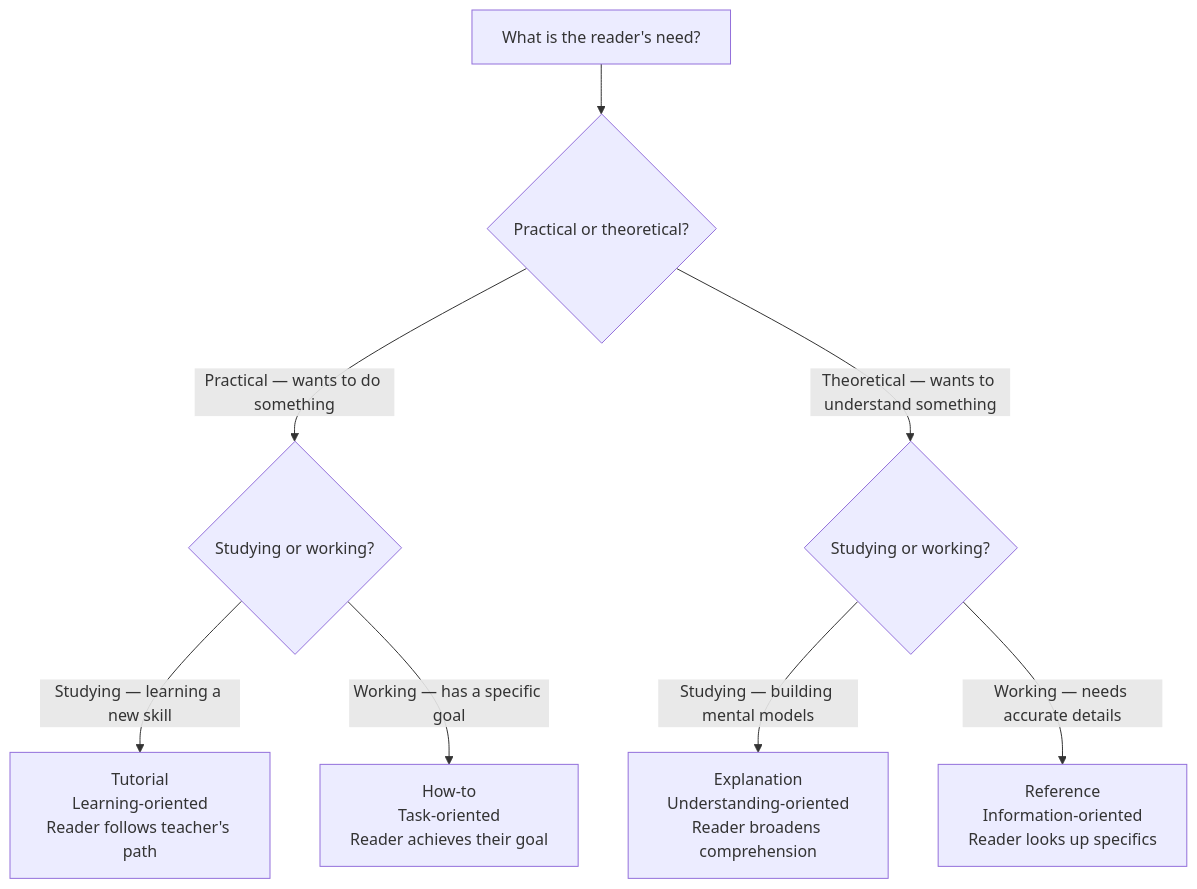
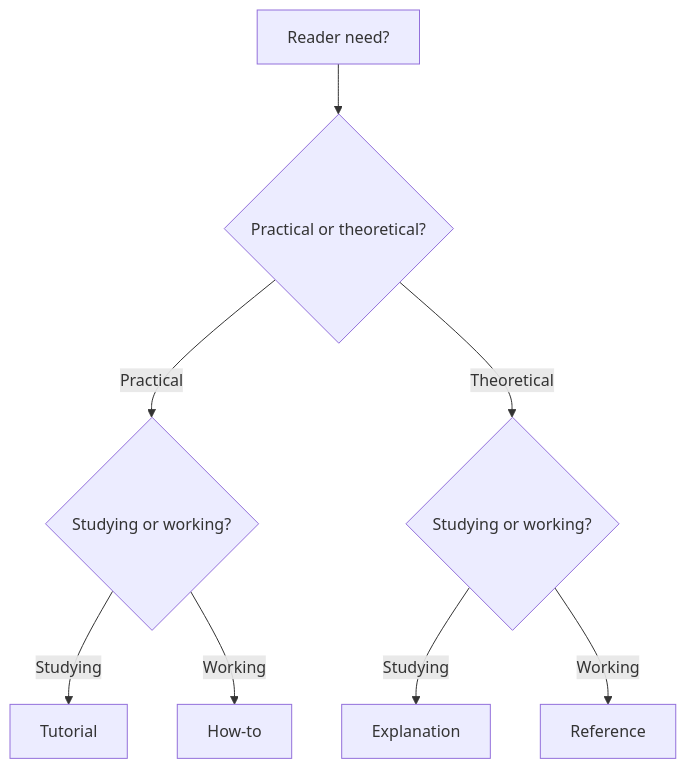
Before and after one commit to Xavier-Brinon/get-my-shit-done: the diagram in get-my-shit-done/references/diataxis.org, drawn with Mermaid. The commit also changed other lines of this file and 3 other files, not shown here.

First line of the commit message:
feat(01-03): update reference files — replace ob-mermaid with MermaidJS ASCII

```diff
--- a/get-my-shit-done/references/diataxis.org
+++ b/get-my-shit-done/references/diataxis.org
@@ -362,10 +387,10 @@
-#+begin_src mermaid :file diataxis-tree.png :exports results
+#+begin_src mermaid :exports none
 flowchart TD
-    A[What is the reader's need?] --> B{Practical or theoretical?}
-    B -->|Practical — wants to do something| C{Studying or working?}
-    B -->|Theoretical — wants to understand something| D{Studying or working?}
-    C -->|Studying — learning a new skill| E[Tutorial\nLearning-oriented\nReader follows teacher's path]
-    C -->|Working — has a specific goal| F[How-to\nTask-oriented\nReader achieves their goal]
-    D -->|Studying — building mental models| G[Explanation\nUnderstanding-oriented\nReader broadens comprehension]
-    D -->|Working — needs accurate details| H[Reference\nInformation-oriented\nReader looks up specifics]
+    A[Reader need?] --> B{Practical or theoretical?}
+    B -->|Practical| C{Studying or working?}
+    B -->|Theoretical| D{Studying or working?}
+    C -->|Studying| E[Tutorial]
+    C -->|Working| F[How-to]
+    D -->|Studying| G[Explanation]
+    D -->|Working| H[Reference]
 #+end_src
```
